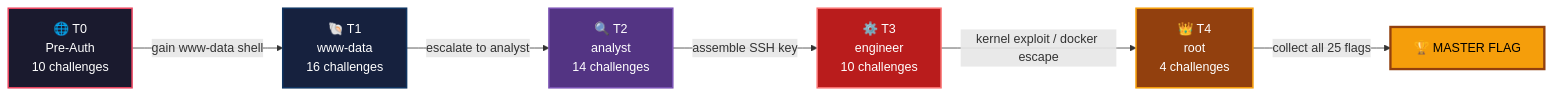
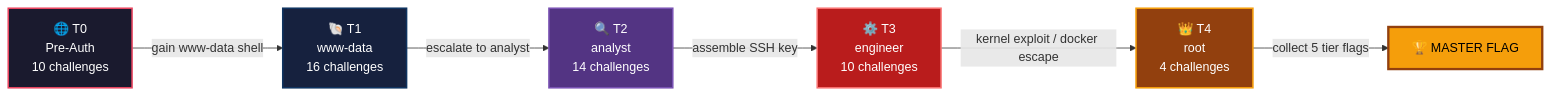
The second of 2 diagrams in README.md (Arxlol10/Arp_101), drawn with Mermaid before and after one commit. The commit also changed other lines of this file and 3 other files, not shown here.

````diff
--- a/README.md
+++ b/README.md
@@ -68,15 +68,15 @@
 ```mermaid
 graph LR
     A["🌐 T0<br/>Pre-Auth<br/>10 challenges"] -->|"gain www-data shell"| B["🐚 T1<br/>www-data<br/>16 challenges"]
     B -->|"escalate to analyst"| C["🔍 T2<br/>analyst<br/>14 challenges"]
     C -->|"assemble SSH key"| D["⚙️ T3<br/>engineer<br/>10 challenges"]
     D -->|"kernel exploit / docker escape"| E["👑 T4<br/>root<br/>4 challenges"]
-    E -->|"collect all 25 flags"| F["🏆 MASTER FLAG"]
+    E -->|"collect 5 tier flags"| F["🏆 MASTER FLAG"]
 
     style A fill:#1a1a2e,stroke:#e94560,color:#fff,stroke-width:2px
     style B fill:#16213e,stroke:#0f3460,color:#fff,stroke-width:2px
     style C fill:#533483,stroke:#7952b3,color:#fff,stroke-width:2px
     style D fill:#b91c1c,stroke:#f87171,color:#fff,stroke-width:2px
     style E fill:#92400e,stroke:#f59e0b,color:#fff,stroke-width:2px
     style F fill:#f59e0b,stroke:#92400e,color:#000,stroke-width:3px
 ```
````
